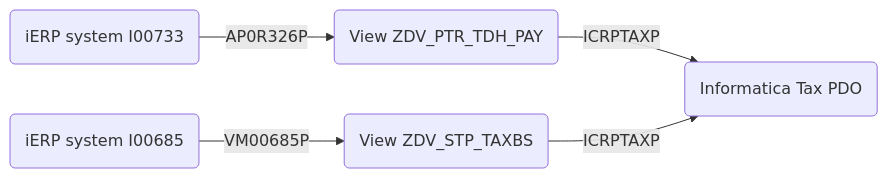
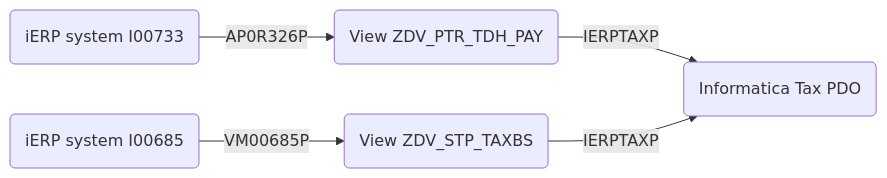
Before and after one commit to adorn4711/hello-world: the fourth of 4 diagrams in users.MD, drawn with Mermaid. The commit also changed other lines of this file, not shown here.

````diff
--- a/users.MD
+++ b/users.MD
@@ -61,8 +61,8 @@
 ```mermaid
 flowchart LR
     I00733(iERP system I00733)--AP0R326P -->ViewI00733( View ZDV_PTR_TDH_PAY)
-    ViewI00733-- ICRPTAXP -->IICS(Informatica Tax PDO)
+    ViewI00733-- IERPTAXP -->IICS(Informatica Tax PDO)
     I00685(iERP system I00685)--VM00685P -->ViewI00685(View ZDV_STP_TAXBS)
-    ViewI00685-- ICRPTAXP -->IICS
+    ViewI00685-- IERPTAXP -->IICS
 
 ```    
````
